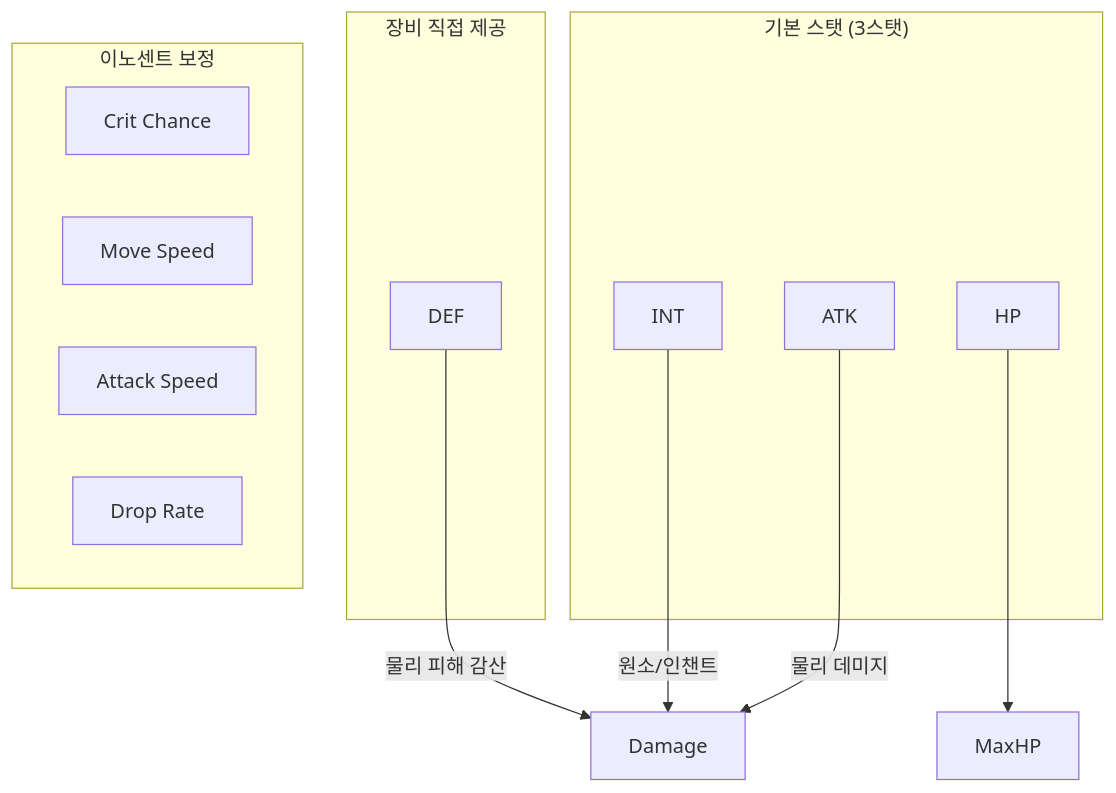
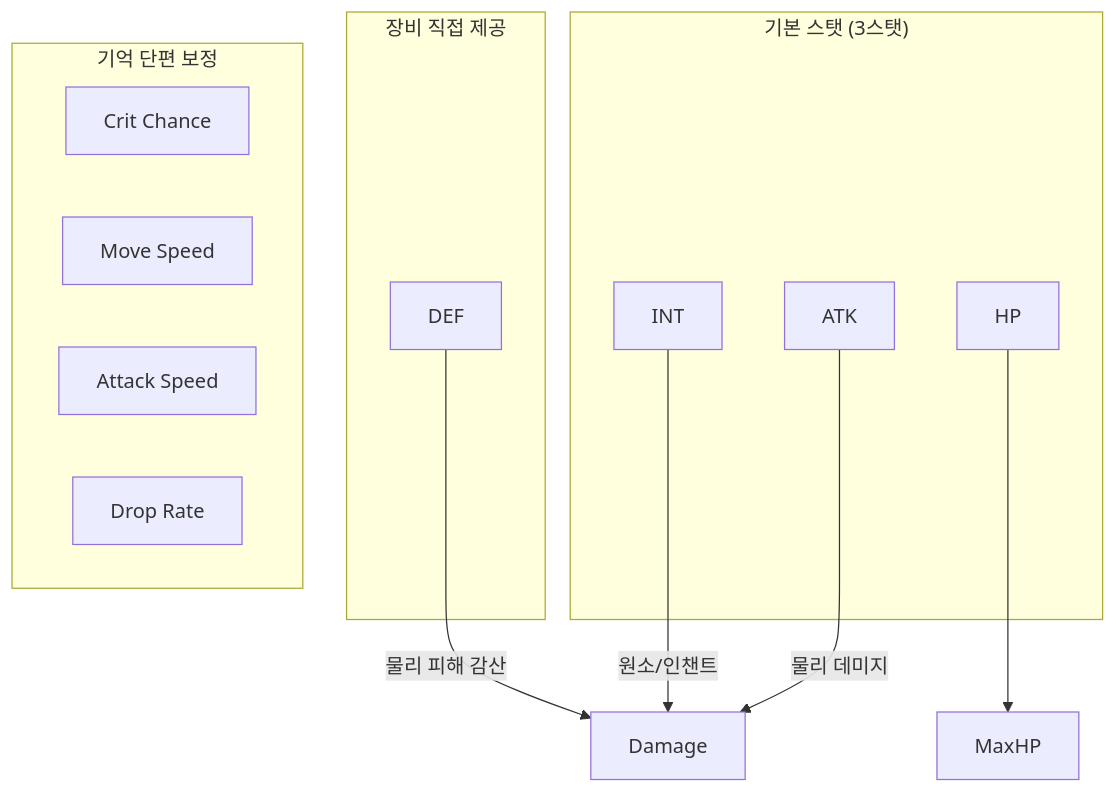
Before and after one commit to Biskraft/ProjectAbyss: the diagram in Documents/System/System_Growth_Stats.md, drawn with Mermaid. The commit also changed other lines of this file and 197 other files, not shown here.

````diff
--- a/Documents/System/System_Growth_Stats.md
+++ b/Documents/System/System_Growth_Stats.md
@@ -188,24 +188,24 @@
 ```mermaid
 graph TD
     subgraph "기본 스탯 (3스탯)"
         ATK_S[ATK]
         INT_S[INT]
         HP_S[HP]
     end
 
     subgraph "장비 직접 제공"
         DEF[DEF]
     end
 
-    subgraph "이노센트 보정"
+    subgraph "기억 단편 보정"
         CRIT[Crit Chance]
         MOVE[Move Speed]
         ASPD[Attack Speed]
         DROP[Drop Rate]
     end
 
     ATK_S --> |물리 데미지| DMG[Damage]
     INT_S --> |원소/인챈트| DMG
     HP_S --> MAXHP[MaxHP]
     DEF --> |물리 피해 감산| DMG
 ```
````
